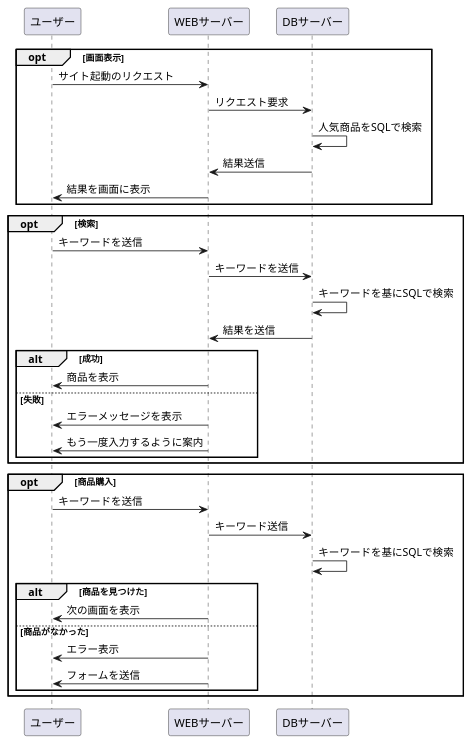
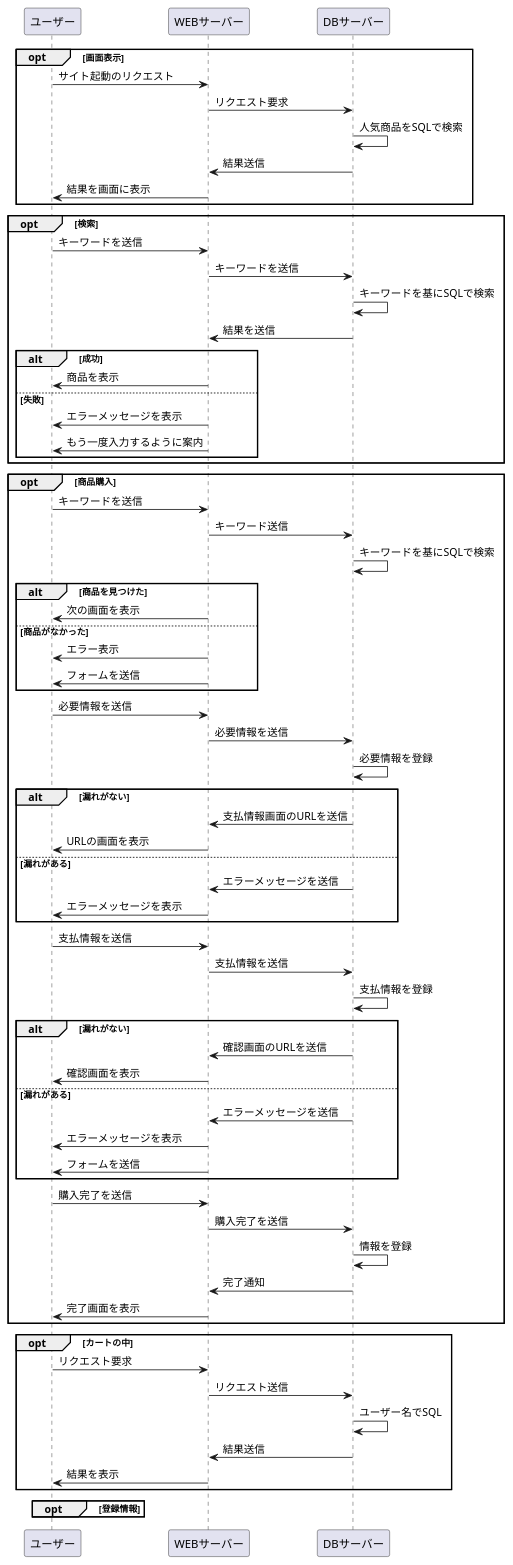
The diagram in sample_kinou.md (Aso2101121/2021sys-design-2), drawn with PlantUML before and after one commit.

````diff
--- a/sample_kinou.md
+++ b/sample_kinou.md
@@ -1,37 +1,75 @@
 ```uml
 @startuml
 
 opt 画面表示
  ユーザー -> WEBサーバー:サイト起動のリクエスト
  WEBサーバー -> DBサーバー:リクエスト要求
  DBサーバー -> DBサーバー:人気商品をSQLで検索
  DBサーバー -> WEBサーバー:結果送信
  WEBサーバー -> ユーザー:結果を画面に表示
 end
 
 opt 検索
  ユーザー -> WEBサーバー:キーワードを送信
  WEBサーバー -> DBサーバー:キーワードを送信
  DBサーバー -> DBサーバー:キーワードを基にSQLで検索
  DBサーバー -> WEBサーバー:結果を送信
  alt 成功
   WEBサーバー -> ユーザー:商品を表示
  else 失敗
   WEBサーバー -> ユーザー:エラーメッセージを表示
   WEBサーバー -> ユーザー:もう一度入力するように案内
  end
 end
 
 opt 商品購入
  ユーザー -> WEBサーバー:キーワードを送信
  WEBサーバー -> DBサーバー:キーワード送信
  DBサーバー -> DBサーバー:キーワードを基にSQLで検索
  alt 商品を見つけた
   WEBサーバー -> ユーザー:次の画面を表示
  else 商品がなかった
   WEBサーバー -> ユーザー:エラー表示
   WEBサーバー -> ユーザー:フォームを送信
  end
+ ユーザー -> WEBサーバー:必要情報を送信
+ WEBサーバー -> DBサーバー:必要情報を送信
+ DBサーバー -> DBサーバー :必要情報を登録
+ alt 漏れがない
+  DBサーバー -> WEBサーバー:支払情報画面のURLを送信
+  WEBサーバー -> ユーザー:URLの画面を表示
+ else 漏れがある
+  DBサーバー -> WEBサーバー:エラーメッセージを送信
+  WEBサーバー -> ユーザー:エラーメッセージを表示
+ end
+ ユーザー -> WEBサーバー:支払情報を送信
+ WEBサーバー -> DBサーバー:支払情報を送信
+ DBサーバー -> DBサーバー:支払情報を登録
+ alt 漏れがない
+  DBサーバー -> WEBサーバー:確認画面のURLを送信
+  WEBサーバー -> ユーザー:確認画面を表示
+ else 漏れがある
+  DBサーバー -> WEBサーバー:エラーメッセージを送信
+  WEBサーバー -> ユーザー:エラーメッセージを表示
+  WEBサーバー -> ユーザー:フォームを送信
+ end
+ ユーザー -> WEBサーバー:購入完了を送信
+ WEBサーバー -> DBサーバー:購入完了を送信
+ DBサーバー -> DBサーバー:情報を登録
+ DBサーバー -> WEBサーバー:完了通知
+ WEBサーバー -> ユーザー:完了画面を表示
+end
+
+opt カートの中
+ ユーザー -> WEBサーバー:リクエスト要求
+ WEBサーバー -> DBサーバー:リクエスト送信
+ DBサーバー -> DBサーバー:ユーザー名でSQL
+ DBサーバー -> WEBサーバー:結果送信
+ WEBサーバー -> ユーザー:結果を表示
+end
+
+opt 登録情報
+
 end
 @enduml
 ```
````
